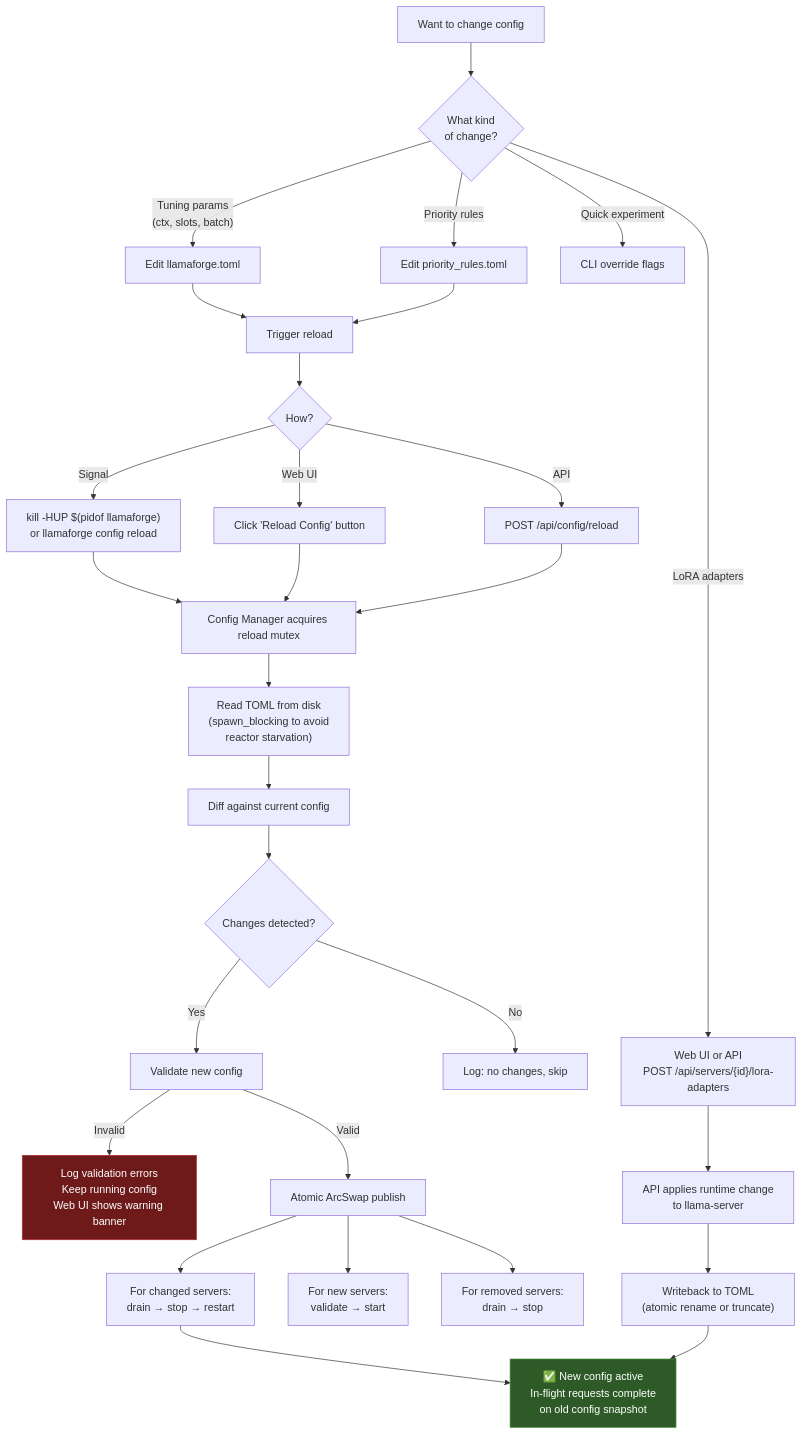
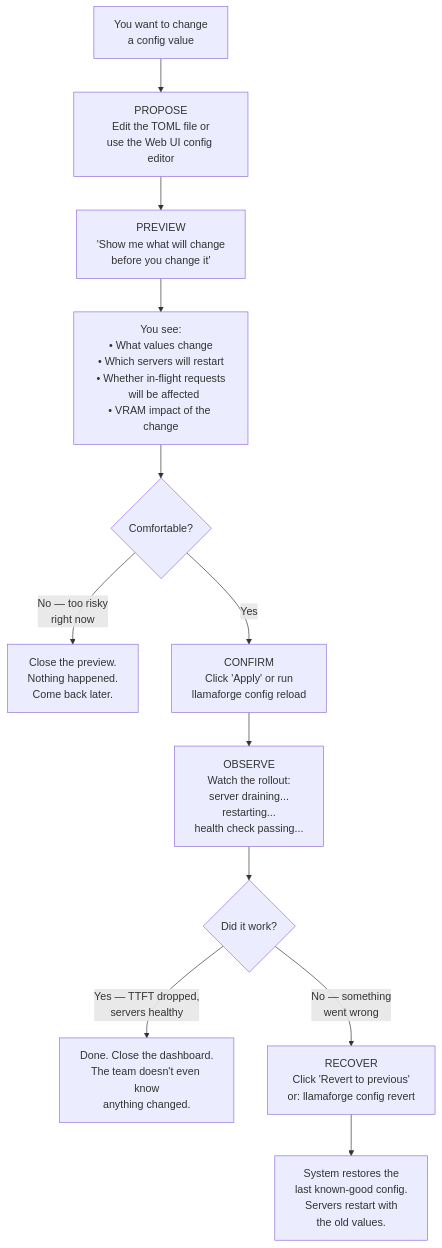
Before and after one commit to Doom325/llama-forge: the seventh of 16 diagrams in docs/USER_JOURNEYS.md, drawn with Mermaid. The commit also changed other lines of this file, not shown here.

````diff
--- a/docs/USER_JOURNEYS.md
+++ b/docs/USER_JOURNEYS.md
@@ -573,44 +518,20 @@
 ```mermaid
 flowchart TD
-    A["Want to change config"] --> B{"What kind<br/>of change?"}
+    A["You want to change<br/>a config value"] --> B["PROPOSE<br/>Edit the TOML file or<br/>use the Web UI config editor"]
 
-    B -->|"Tuning params<br/>(ctx, slots, batch)"| C["Edit llamaforge.toml"]
-    B -->|"Priority rules"| D["Edit priority_rules.toml"]
-    B -->|"LoRA adapters"| E["Web UI or API<br/>POST /api/servers/{id}/lora-adapters"]
-    B -->|"Quick experiment"| F["CLI override flags"]
+    B --> C["PREVIEW<br/>'Show me what will change<br/>before you change it'"]
 
-    C --> G["Trigger reload"]
-    D --> G
+    C --> D["You see:<br/>• What values change<br/>• Which servers will restart<br/>• Whether in-flight requests<br/>  will be affected<br/>• VRAM impact of the change"]
 
-    G --> G1{"How?"}
-    G1 -->|"Signal"| G2["kill -HUP $(pidof llamaforge)<br/>or llamaforge config reload"]
-    G1 -->|"Web UI"| G3["Click 'Reload Config' button"]
-    G1 -->|"API"| G4["POST /api/config/reload"]
+    D --> E{"Comfortable?"}
+    E -->|"No — too risky<br/>right now"| F["Close the preview.<br/>Nothing happened.<br/>Come back later."]
+    E -->|"Yes"| G["CONFIRM<br/>Click 'Apply' or run<br/>llamaforge config reload"]
 
-    G2 --> H["Config Manager acquires reload mutex"]
-    G3 --> H
-    G4 --> H
+    G --> H["OBSERVE<br/>Watch the rollout:<br/>server draining...<br/>restarting...<br/>health check passing..."]
 
-    H --> I["Read TOML from disk<br/>(spawn_blocking to avoid<br/>reactor starvation)"]
-    I --> J["Diff against current config"]
+    H --> I{"Did it work?"}
+    I -->|"Yes — TTFT dropped,<br/>servers healthy"| J["Done. Close the dashboard.<br/>The team doesn't even know<br/>anything changed."]
+    I -->|"No — something<br/>went wrong"| K["RECOVER<br/>Click 'Revert to previous'<br/>or: llamaforge config revert"]
 
-    J --> K{"Changes detected?"}
-    K -->|"No"| L["Log: no changes, skip"]
-    K -->|"Yes"| M["Validate new config"]
-
-    M -->|"Invalid"| N["Log validation errors<br/>Keep running config<br/>Web UI shows warning banner"]
-    M -->|"Valid"| O["Atomic ArcSwap publish"]
-
-    O --> P["For changed servers:<br/>drain → stop → restart"]
-    O --> Q["For new servers:<br/>validate → start"]
-    O --> R["For removed servers:<br/>drain → stop"]
-
-    P --> S["✅ New config active<br/>In-flight requests complete<br/>on old config snapshot"]
-
-    E --> T["API applies runtime change<br/>to llama-server"]
-    T --> U["Writeback to TOML<br/>(atomic rename or truncate)"]
-    U --> S
-
-    style S fill:#2d5a27,stroke:#4a8c3f,color:#fff
-    style N fill:#6e1a1a,stroke:#b92929,color:#fff
+    K --> L["System restores the<br/>last known-good config.<br/>Servers restart with<br/>the old values."]
 ```
````
